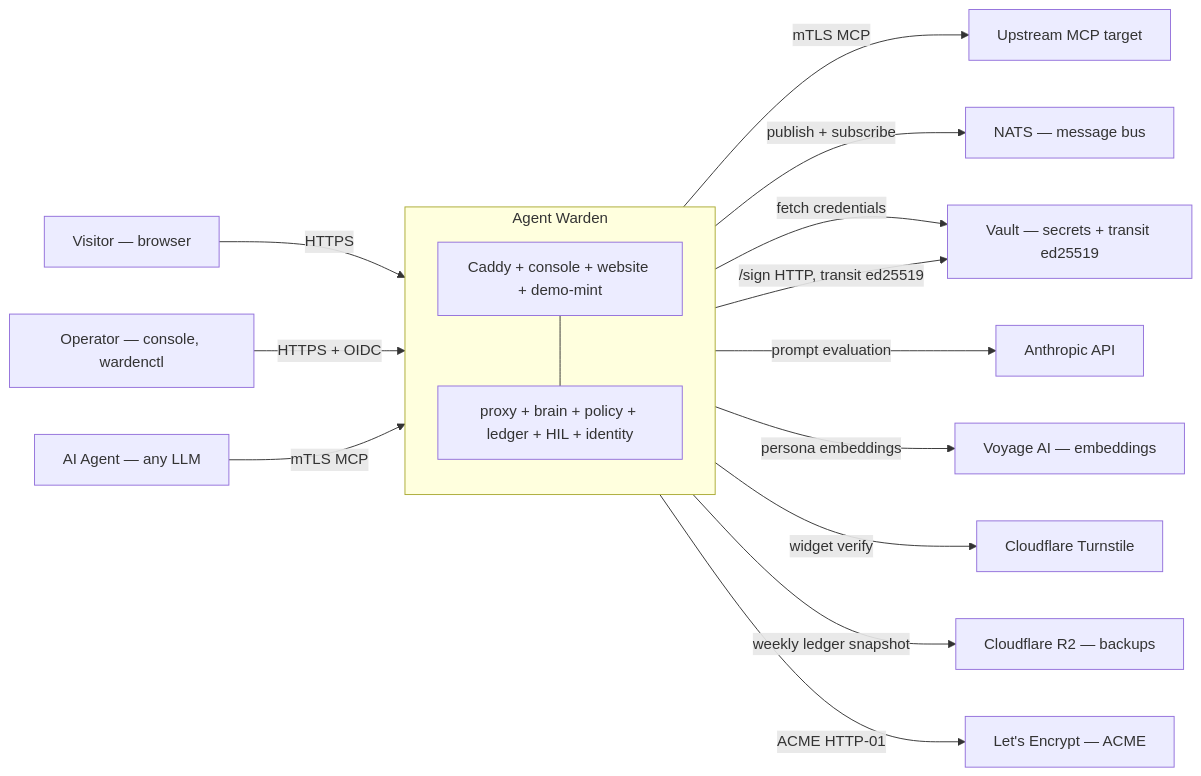
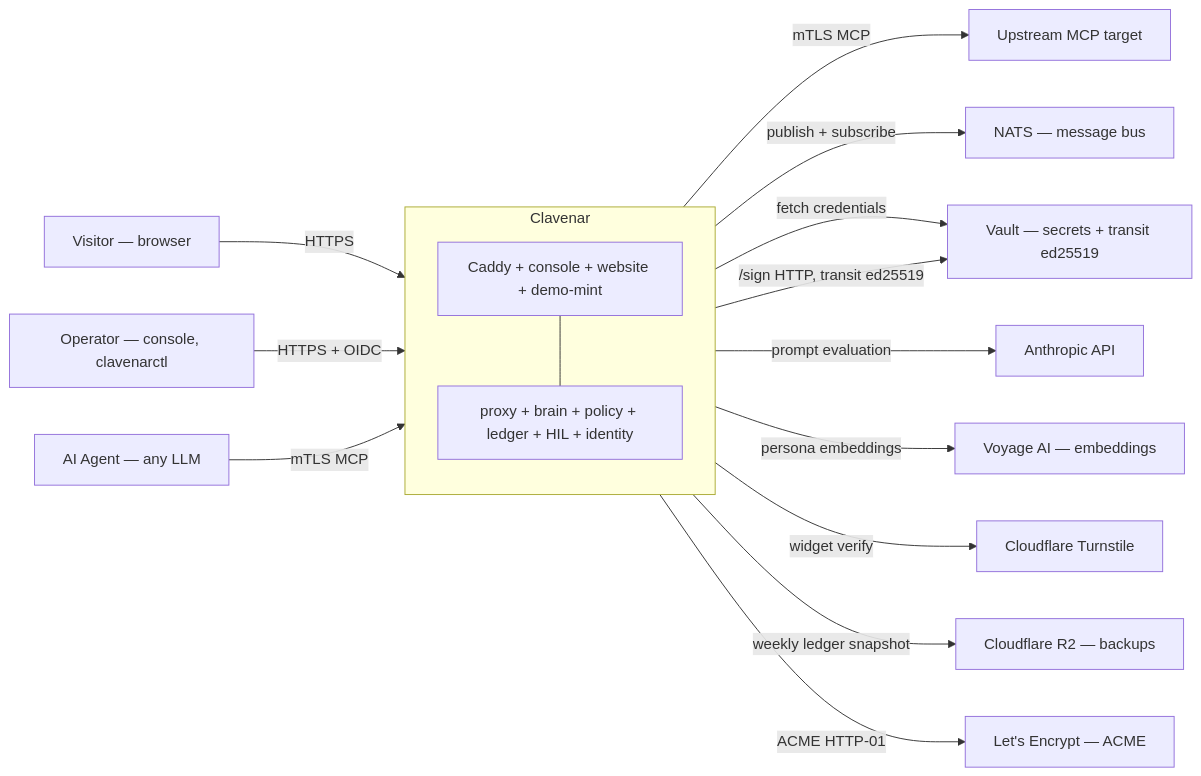
Before and after one commit to clavenar/clavenar-specs: the first of 5 diagrams in docs/ARCHITECTURE.md, drawn with Mermaid. The commit also changed other lines of this file and 7 other files, not shown here.

First line of the commit message:
rename product Agent Warden → Clavenar

````diff
--- a/docs/ARCHITECTURE.md
+++ b/docs/ARCHITECTURE.md
@@ -22,37 +22,37 @@
 ```mermaid
 flowchart LR
   Visitor[Visitor — browser]
-  Operator[Operator — console, wardenctl]
+  Operator[Operator — console, clavenarctl]
   Agent[AI Agent — any LLM]
   Upstream[Upstream MCP target]
 
-  subgraph Warden[Agent Warden]
+  subgraph Clavenar[Clavenar]
     direction TB
     Edge[Caddy + console + website + demo-mint]
     Core[proxy + brain + policy + ledger + HIL + identity]
   end
 
   NATS[NATS — message bus]
   Vault[Vault — secrets + transit ed25519]
   Anthropic[Anthropic API]
   Voyage[Voyage AI — embeddings]
   Turnstile[Cloudflare Turnstile]
   R2[Cloudflare R2 — backups]
   LE[Let's Encrypt — ACME]
 
   Visitor -->|HTTPS| Edge
   Operator -->|HTTPS + OIDC| Edge
   Agent -->|mTLS MCP| Core
   Core -->|mTLS MCP| Upstream
 
   Edge --- Core
 
   Core -->|publish + subscribe| NATS
   Core -->|fetch credentials| Vault
   Core -->|/sign HTTP, transit ed25519| Vault
   Core -->|prompt evaluation| Anthropic
   Core -->|persona embeddings| Voyage
   Edge -->|widget verify| Turnstile
   Edge -->|weekly ledger snapshot| R2
   Edge -->|ACME HTTP-01| LE
 ```
````
